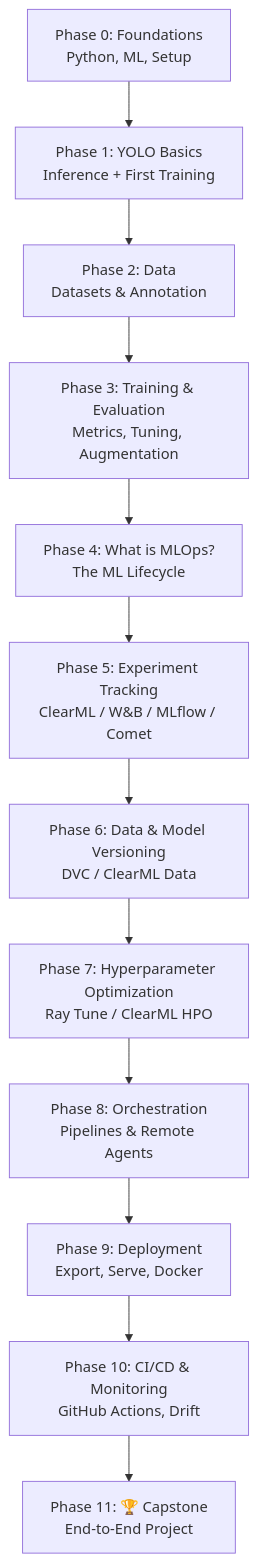
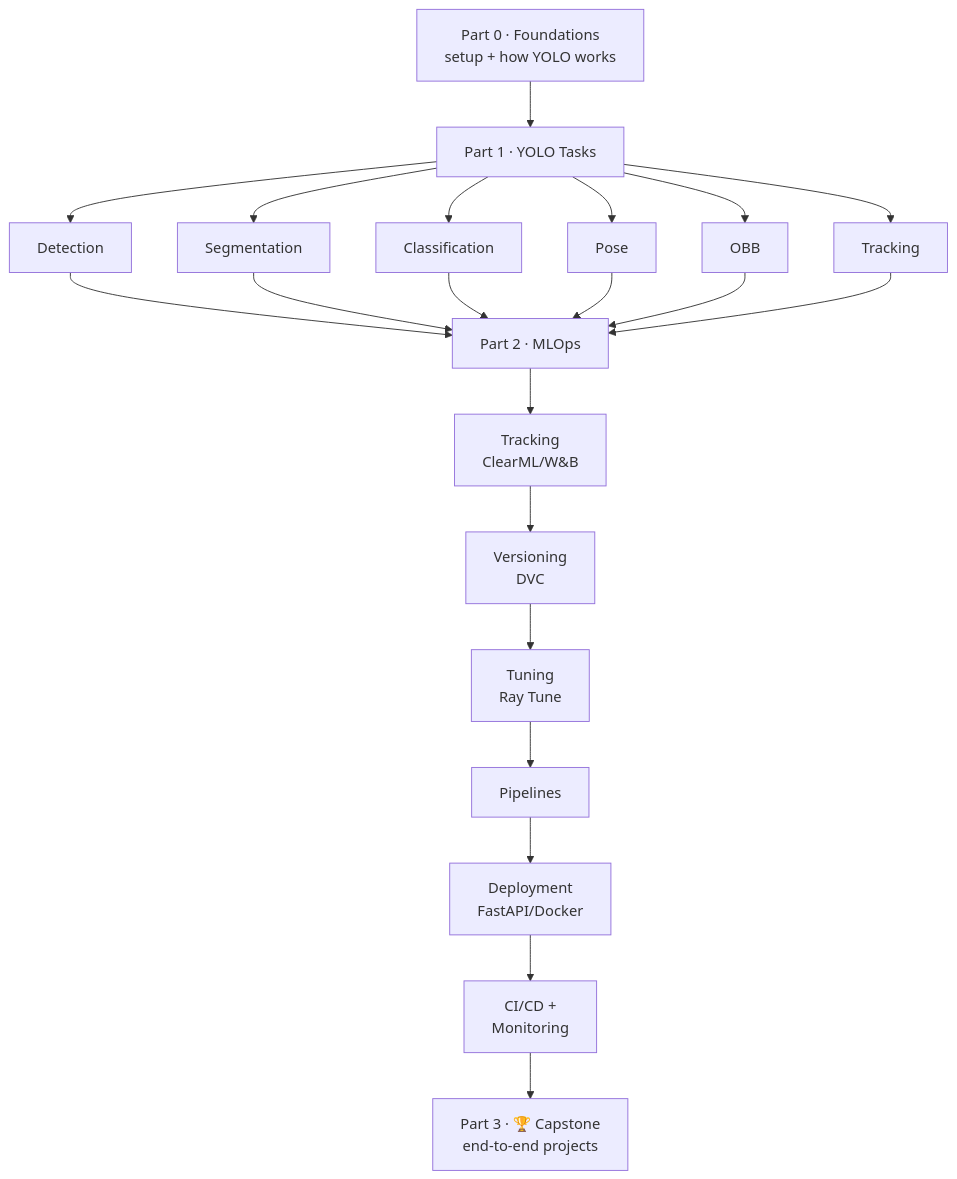
Before and after one commit to sasidharakurathi/yolo-mlops-learning: the diagram in roadmap.md, drawn with Mermaid. The commit also changed other lines of this file and 24 other files, not shown here.

First line of the commit message:
Restructure into full YOLO + MLOps learning repo

````diff
--- a/roadmap.md
+++ b/roadmap.md
@@ -26,14 +29,10 @@
 ```mermaid
 flowchart TD
-    A[Phase 0: Foundations<br/>Python, ML, Setup] --> B[Phase 1: YOLO Basics<br/>Inference + First Training]
-    B --> C[Phase 2: Data<br/>Datasets & Annotation]
-    C --> D[Phase 3: Training & Evaluation<br/>Metrics, Tuning, Augmentation]
-    D --> E[Phase 4: What is MLOps?<br/>The ML Lifecycle]
-    E --> F[Phase 5: Experiment Tracking<br/>ClearML / W&B / MLflow / Comet]
-    F --> G[Phase 6: Data & Model Versioning<br/>DVC / ClearML Data]
-    G --> H[Phase 7: Hyperparameter Optimization<br/>Ray Tune / ClearML HPO]
-    H --> I[Phase 8: Orchestration<br/>Pipelines & Remote Agents]
-    I --> J[Phase 9: Deployment<br/>Export, Serve, Docker]
-    J --> K[Phase 10: CI/CD & Monitoring<br/>GitHub Actions, Drift]
-    K --> L[Phase 11: 🏆 Capstone<br/>End-to-End Project]
+    F[Part 0 · Foundations<br/>setup + how YOLO works] --> T[Part 1 · YOLO Tasks]
+    T --> T1[Detection] & T2[Segmentation] & T3[Classification]
+    T --> T4[Pose] & T5[OBB] & T6[Tracking]
+    T1 & T2 & T3 & T4 & T5 & T6 --> M[Part 2 · MLOps]
+    M --> M1[Tracking<br/>ClearML/W&B] --> M2[Versioning<br/>DVC] --> M3[Tuning<br/>Ray Tune]
+    M3 --> M4[Pipelines] --> M5[Deployment<br/>FastAPI/Docker] --> M6[CI/CD +<br/>Monitoring]
+    M6 --> C[Part 3 · 🏆 Capstone<br/>end-to-end projects]
 ```
````
